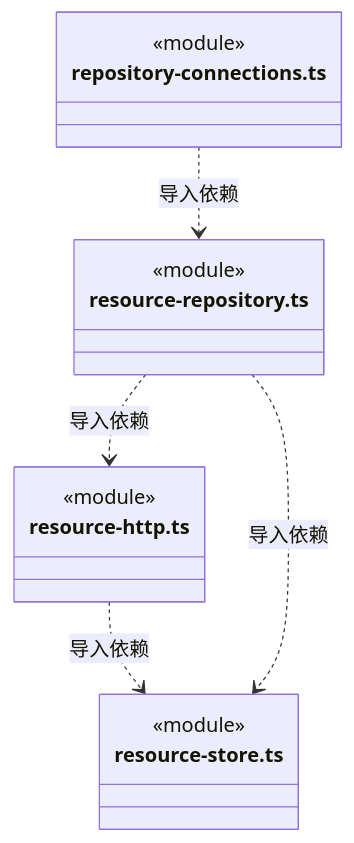
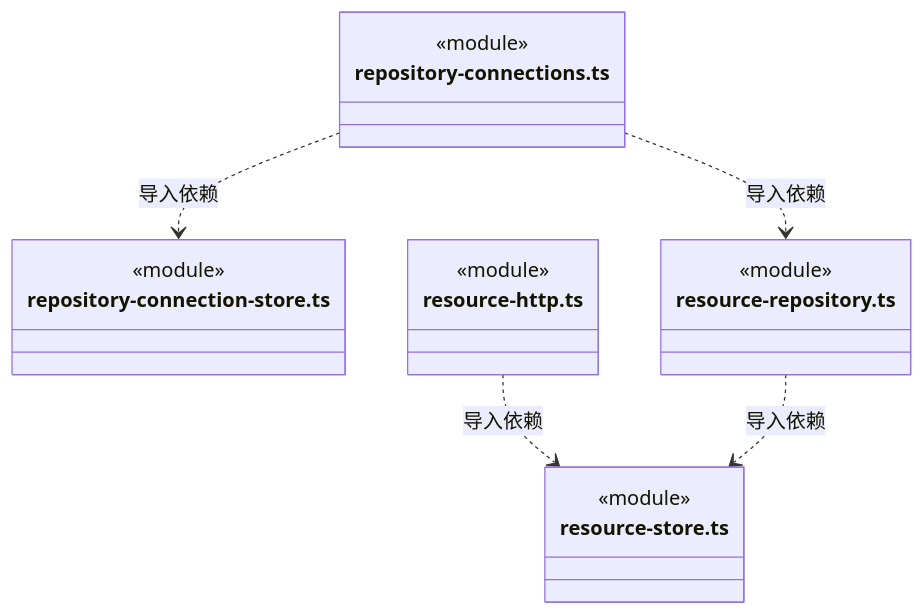
Diagram 13 of 14 in src/backend/main/resources/ARCHITECTURE.md (nan023062/cbim), drawn with Mermaid before and after one commit. The commit also changed other lines of this file and 971 other files, not shown here.

First line of the commit message:
refactor: align backend source layout with V&B module boundaries

````diff
--- a/src/backend/main/resources/ARCHITECTURE.md
+++ b/src/backend/main/resources/ARCHITECTURE.md
@@ -569,19 +351,22 @@
 ```mermaid
 classDiagram
 class N_src_backend_main_resources_repository_connections_ts["repository-connections.ts"] {
+  <<module>>
+}
+class N_src_backend_main_resources_repository_connection_store_ts["repository-connection-store.ts"] {
   <<module>>
 }
 class N_src_backend_main_resources_resource_repository_ts["resource-repository.ts"] {
   <<module>>
 }
 class N_src_backend_main_resources_resource_http_ts["resource-http.ts"] {
   <<module>>
 }
 class N_src_backend_main_resources_resource_store_ts["resource-store.ts"] {
   <<module>>
 }
+N_src_backend_main_resources_repository_connections_ts ..> N_src_backend_main_resources_repository_connection_store_ts : 导入依赖
 N_src_backend_main_resources_repository_connections_ts ..> N_src_backend_main_resources_resource_repository_ts : 导入依赖
 N_src_backend_main_resources_resource_http_ts ..> N_src_backend_main_resources_resource_store_ts : 导入依赖
 N_src_backend_main_resources_resource_repository_ts ..> N_src_backend_main_resources_resource_store_ts : 导入依赖
-N_src_backend_main_resources_resource_repository_ts ..> N_src_backend_main_resources_resource_http_ts : 导入依赖
 ```
````
